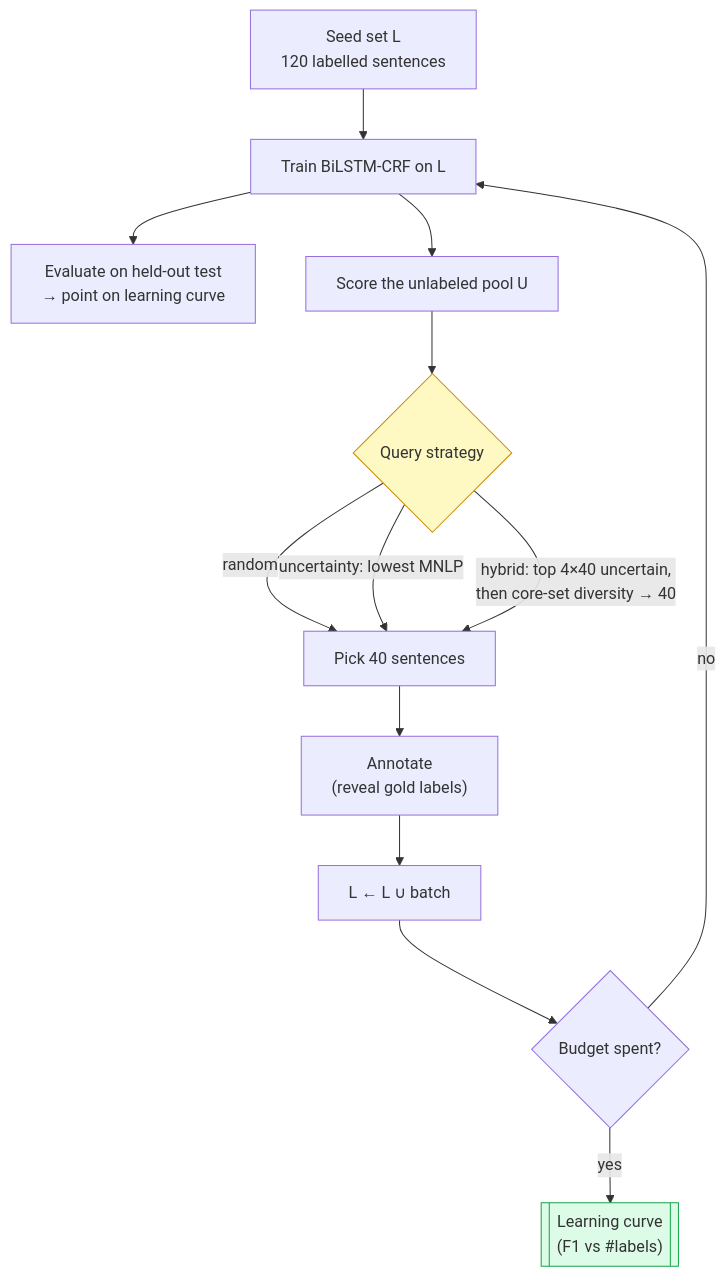
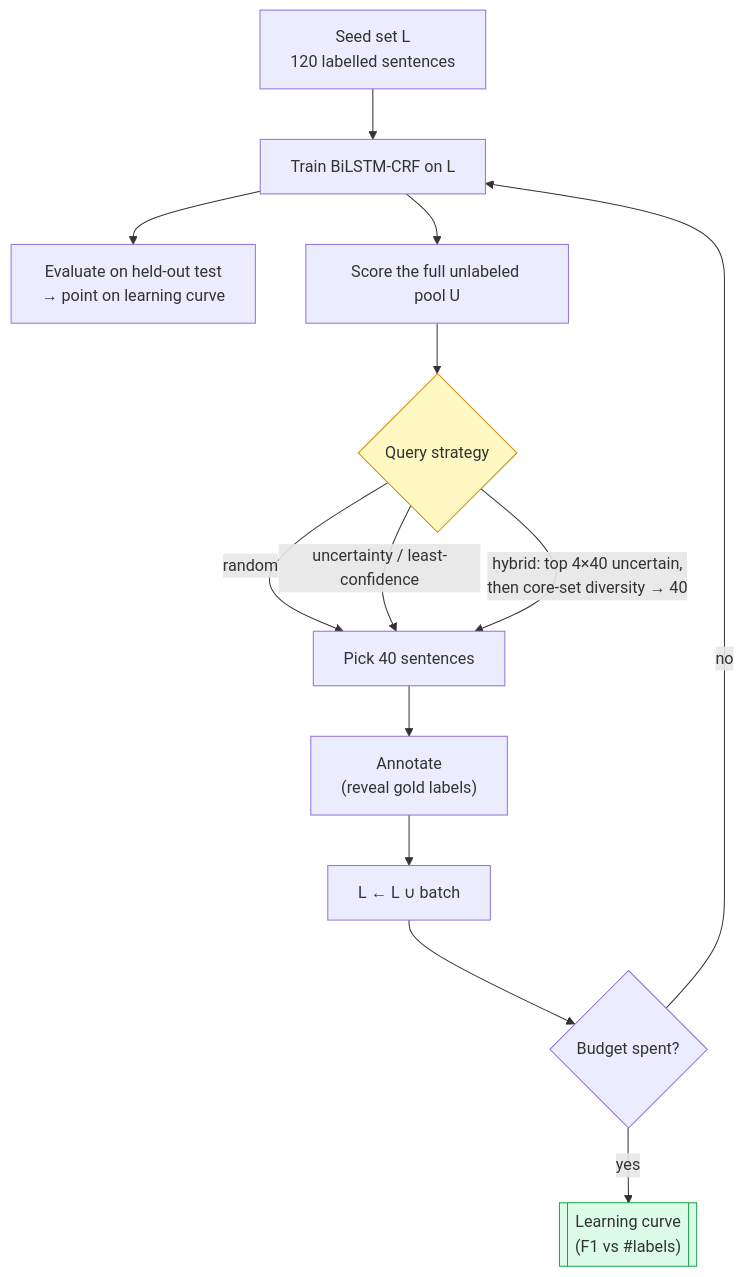
Before and after one commit to ismatsamadov/active_learning: the fifth of 5 diagrams in README.md, drawn with Mermaid. The commit also changed other lines of this file and 5 other files, not shown here.

````diff
--- a/README.md
+++ b/README.md
@@ -267,17 +276,17 @@
 ```mermaid
 flowchart TD
     SEED["Seed set L<br/>120 labelled sentences"] --> TRAIN["Train BiLSTM-CRF on L"]
     TRAIN --> EVAL["Evaluate on held-out test<br/>→ point on learning curve"]
-    TRAIN --> SCORE["Score the unlabeled pool U"]
+    TRAIN --> SCORE["Score the full unlabeled pool U"]
     SCORE --> Q{"Query strategy"}
     Q -->|"random"| PICK["Pick 40 sentences"]
-    Q -->|"uncertainty: lowest MNLP"| PICK
+    Q -->|"uncertainty / least-confidence"| PICK
     Q -->|"hybrid: top 4×40 uncertain,<br/>then core-set diversity → 40"| PICK
     PICK --> ORACLE["Annotate<br/>(reveal gold labels)"]
     ORACLE --> ADD["L ← L ∪ batch"]
     ADD --> BUDGET{"Budget spent?"}
     BUDGET -->|no| TRAIN
     BUDGET -->|yes| DONE[["Learning curve<br/>(F1 vs #labels)"]]
     style Q fill:#fef9c3,stroke:#ca8a04
     style DONE fill:#dcfce7,stroke:#16a34a
 ```
````
